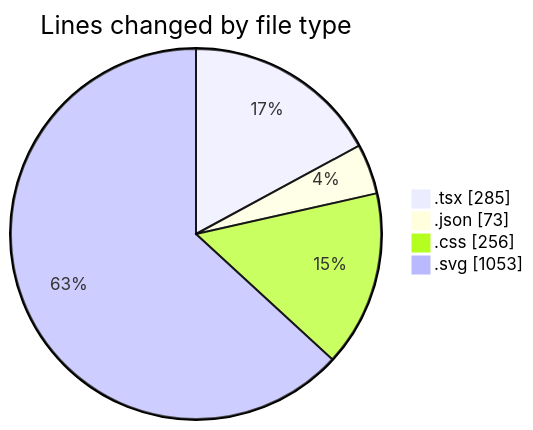
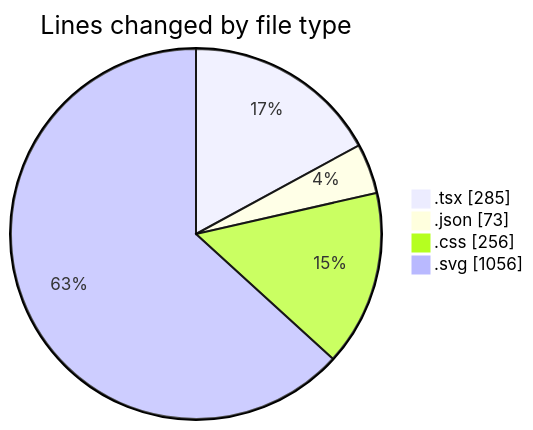
The first of 2 diagrams in 2025-08-05/tw-server/README.md (EIIisD/code-tracking), drawn with Mermaid before and after one commit. The commit also changed other lines of this file and 1 other file, not shown here.

````diff
--- a/2025-08-05/tw-server/README.md
+++ b/2025-08-05/tw-server/README.md
@@ -30,8 +30,8 @@
 ```mermaid
 pie showData
 title Lines changed by file type
 ".tsx" : 285
 ".json" : 73
 ".css" : 256
-".svg" : 1053
+".svg" : 1056
 ```
````
